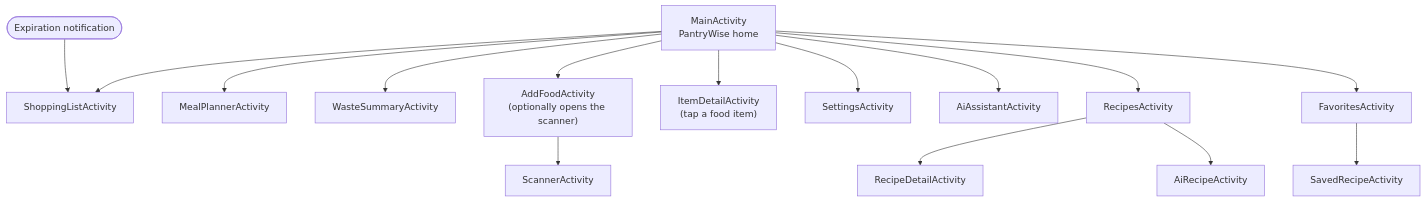
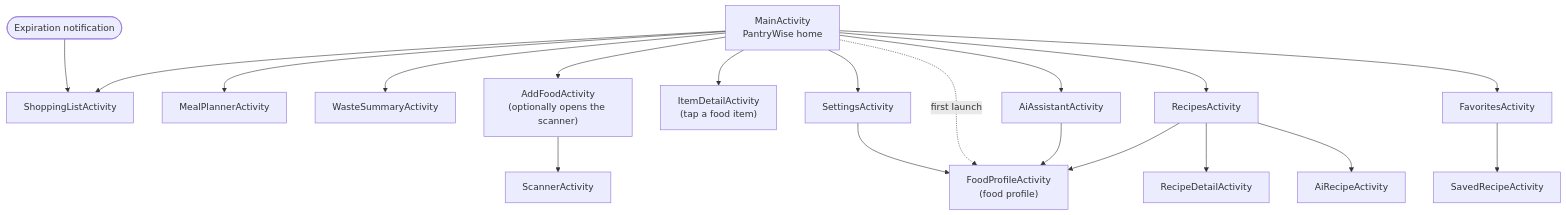
Before and after one commit to HZohra/PantryWise-Group-Project: the diagram in docs/diagrams/src/02-features-status-01.mmd, drawn with Mermaid. The commit also changed 28 other files, not shown here.

First line of the commit message:
Update documentation for the food profile PR and show it before the permission dialog

```diff
--- a/docs/diagrams/src/02-features-status-01.mmd
+++ b/docs/diagrams/src/02-features-status-01.mmd
@@ -1,16 +1,20 @@
 flowchart TD
     Main["MainActivity<br/>PantryWise home"]
     Main --> Shop[ShoppingListActivity]
     Main --> Plan[MealPlannerActivity]
     Main --> Waste[WasteSummaryActivity]
     Main --> AddFood["AddFoodActivity<br/>(optionally opens the scanner)"]
     AddFood --> Scan[ScannerActivity]
     Main --> Detail["ItemDetailActivity<br/>(tap a food item)"]
     Main --> Settings[SettingsActivity]
+    Main -. "first launch" .-> Profile["FoodProfileActivity<br/>(food profile)"]
+    Settings --> Profile
     Main --> AI[AiAssistantActivity]
+    AI --> Profile
     Main --> Recipes[RecipesActivity]
+    Recipes --> Profile
     Main --> Favs[FavoritesActivity]
     Recipes --> RDetail[RecipeDetailActivity]
     Recipes --> AIRecipe[AiRecipeActivity]
     Favs --> Saved[SavedRecipeActivity]
     Notif(["Expiration notification"]) --> Shop
```
